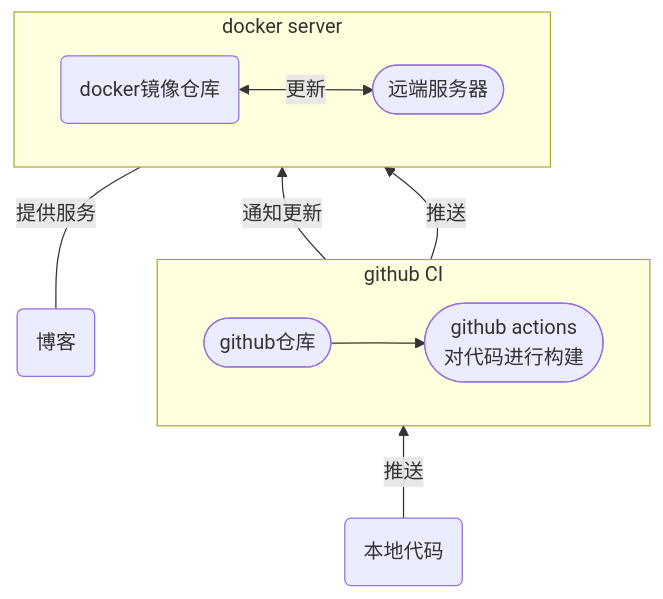
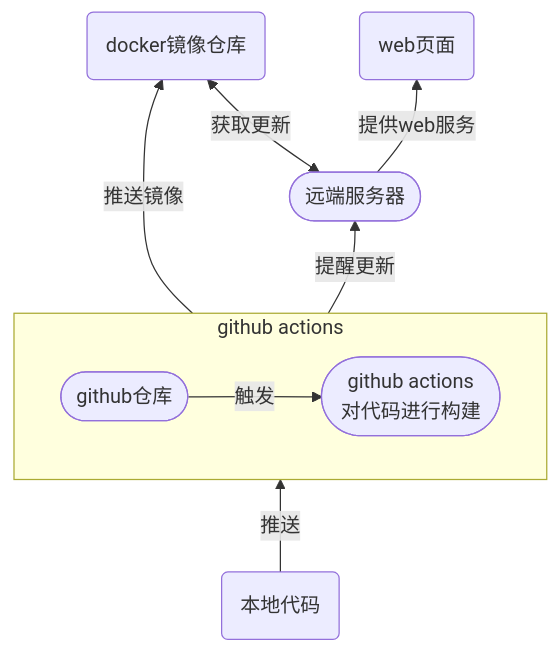
One commit to open-nan/export-nan.github.io changed the diagram in src/site-log/deploy.md. Above: the diagram before and after it, drawn with Mermaid. The commit also changed other lines of this file and 1 other file, not shown here.

Commit message:
post: 文章

````diff
--- a/src/site-log/deploy.md
+++ b/src/site-log/deploy.md
@@ -19,16 +30,23 @@
 ```mermaid
 flowchart BT
-  local(本地代码)-->|推送|github([github仓库])
-  web(博客)---|提供服务|server([远端服务器])
-  subgraph githubServer [github CI]
+  local(本地代码)
+  web(web页面)
+
+  subgraph githubServer [github actions]
     direction LR
-    github-->githubIC([github actions\n对代码进行构建])
+    github([github仓库])
+    githubIC([github actions\n对代码进行构建])
+    end
 
-    end
-  githubIC-->|通知更新|server
-  githubIC-->|推送|docker(docker镜像仓库)
-  subgraph dockerServer [docker server]
-    direction LR
-    docker<-->|更新|server
-    end
+
+  docker(docker镜像仓库)
+  server([远端服务器])
+
+
+  local-->|推送|github
+  github-->|触发|githubIC
+  githubIC-->|推送镜像|docker
+  githubIC-->|提醒更新|server
+  server<-->|获取更新|docker
+  server-->|提供web服务|web
 ```
````
